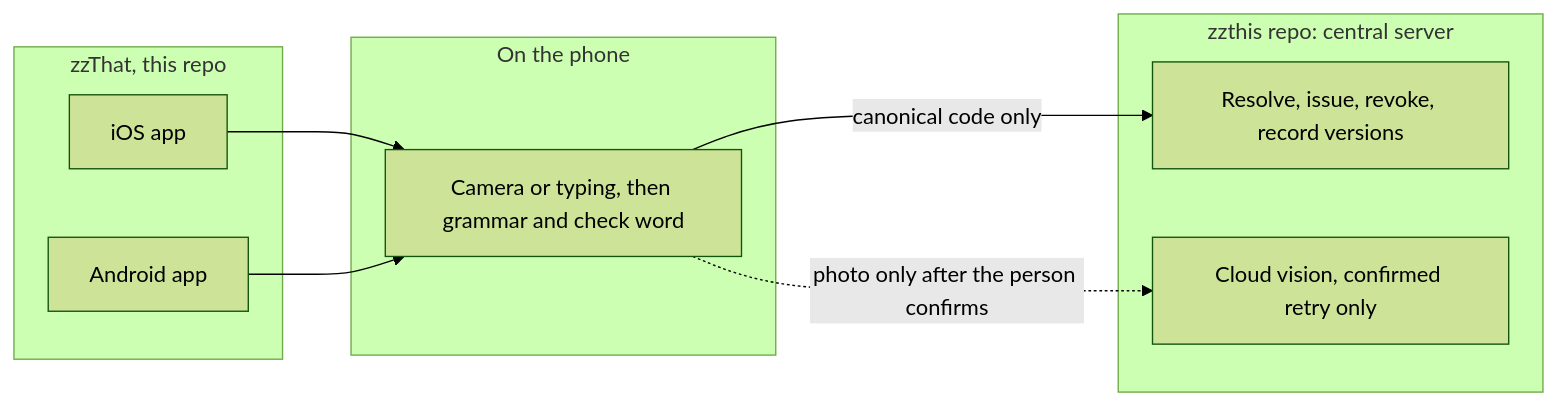
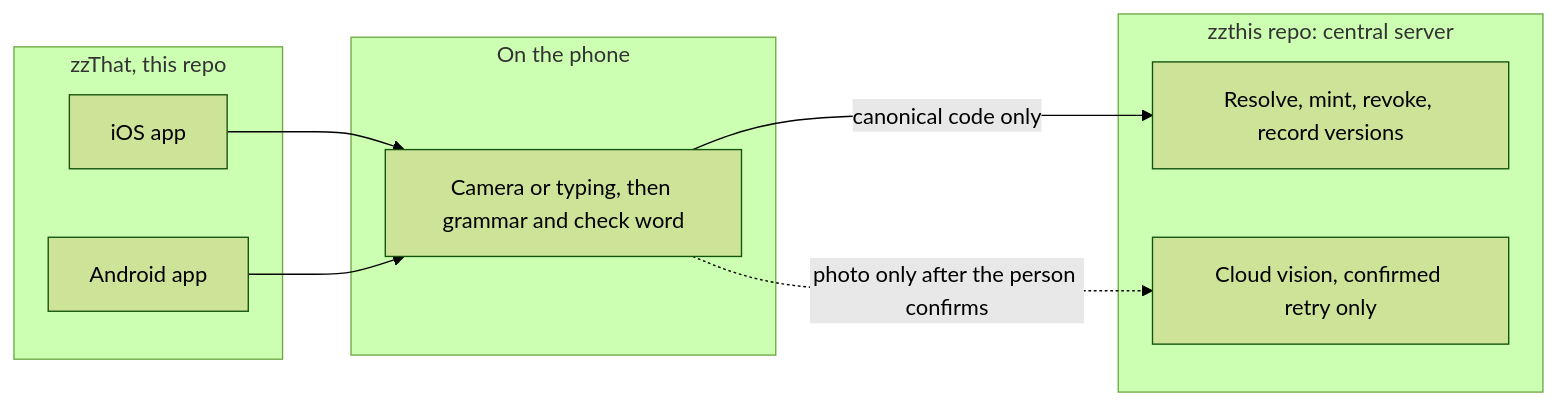
One commit to Zero-State-LLC/zzthat changed the diagram in README.md. Above: the diagram before and after it, drawn with Mermaid (forest theme). The commit also changed other lines of this file and 20 other files, not shown here.

````diff
--- a/README.md
+++ b/README.md
@@ -74,18 +93,18 @@
 ```mermaid
 flowchart LR
   subgraph That["zzThat, this repo"]
     iOS["iOS app"]
     Android["Android app"]
   end
   subgraph Phone["On the phone"]
     Local["Camera or typing, then grammar and check word"]
   end
   subgraph Server["zzthis repo: central server"]
-    API["Resolve, issue, revoke, record versions"]
+    API["Resolve, mint, revoke, record versions"]
     Vision["Cloud vision, confirmed retry only"]
   end
   iOS --> Local
   Android --> Local
   Local -->|"canonical code only"| API
   Local -.->|"photo only after the person confirms"| Vision
 ```
````
